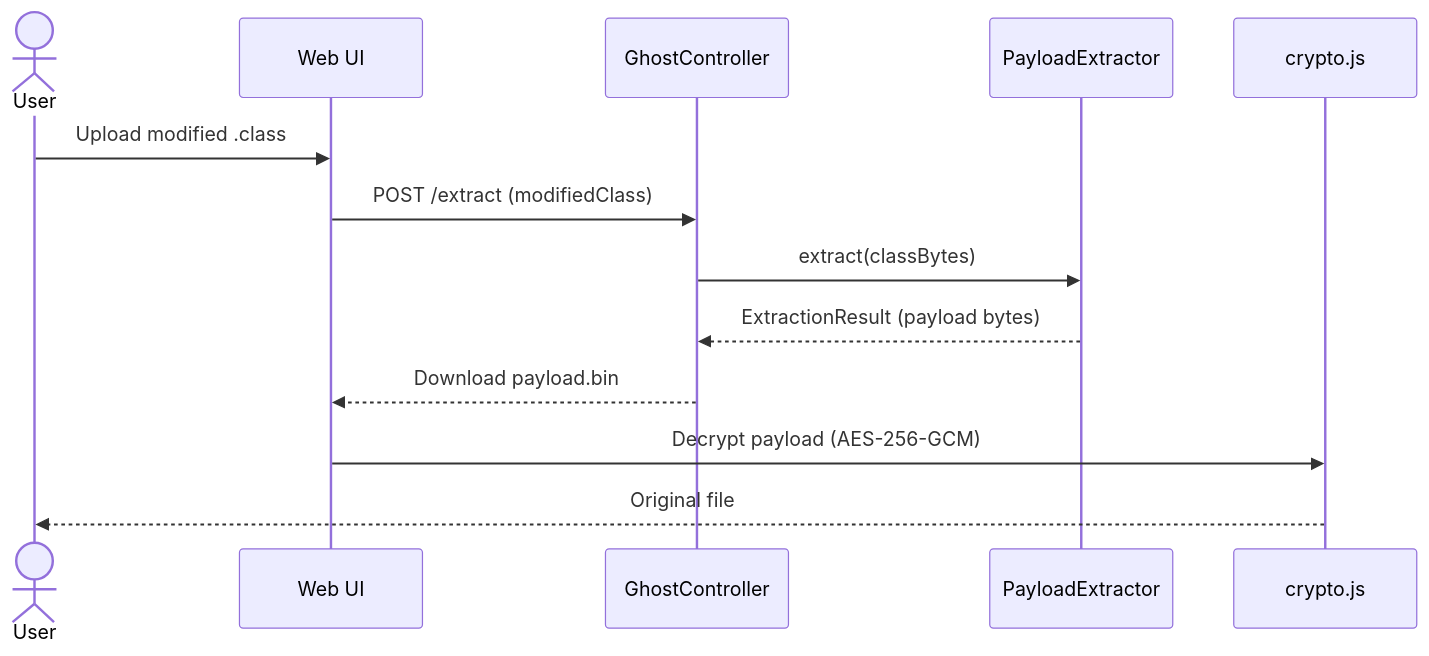
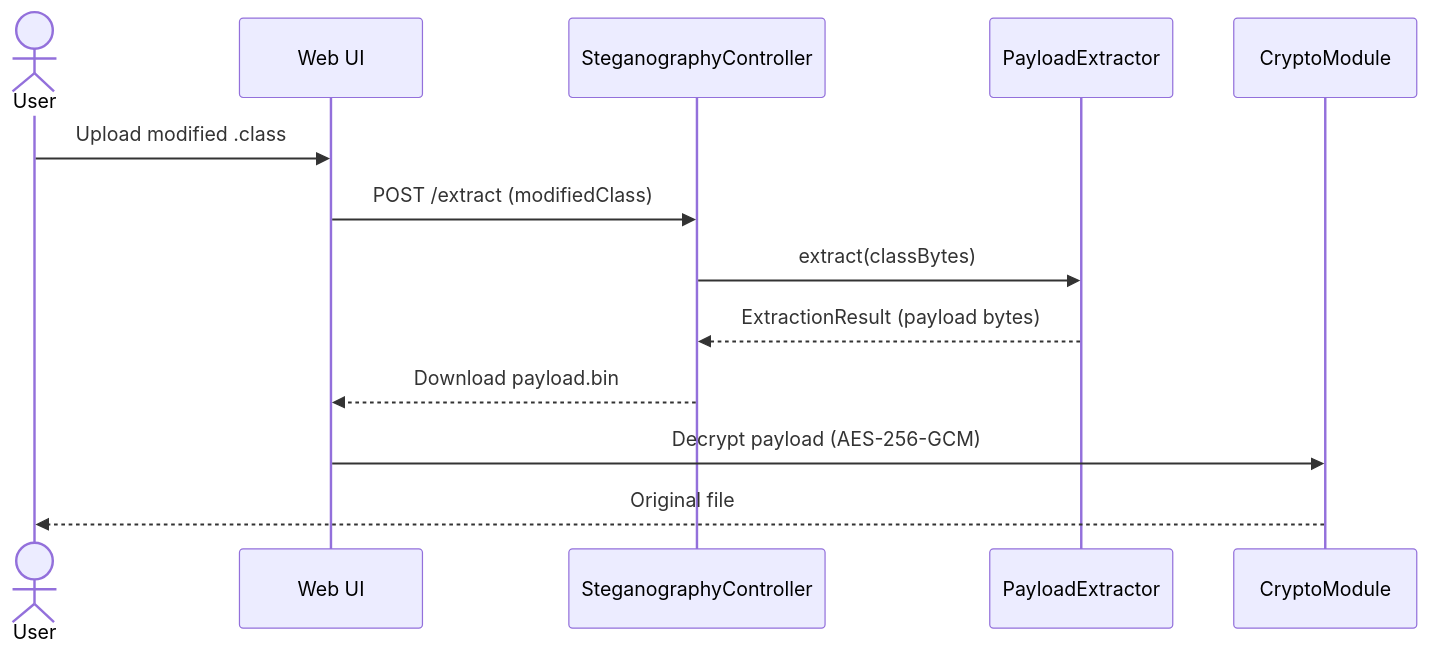
One commit to RohitBharadwaj-rvu/ghost-in-the-bytecode changed the third of 4 diagrams in docs/architecture.md. Above: the diagram before and after it, drawn with Mermaid. The commit also changed other lines of this file and 1 other file, not shown here.

Commit message:
docs: rename to academic naming — ByteStego, PayloadEmbedder, SteganographyController

````diff
--- a/docs/architecture.md
+++ b/docs/architecture.md
@@ -58,16 +57,16 @@
 ```mermaid
 sequenceDiagram
     actor User
     participant UI as Web UI
-    participant API as GhostController
+    participant API as SteganographyController
     participant Extractor as PayloadExtractor
-    participant Crypto as crypto.js
+    participant Crypto as CryptoModule
 
     User->>UI: Upload modified .class
     UI->>API: POST /extract (modifiedClass)
     API->>Extractor: extract(classBytes)
     Extractor-->>API: ExtractionResult (payload bytes)
     API-->>UI: Download payload.bin
     UI->>Crypto: Decrypt payload (AES-256-GCM)
     Crypto-->>User: Original file
 ```
````
